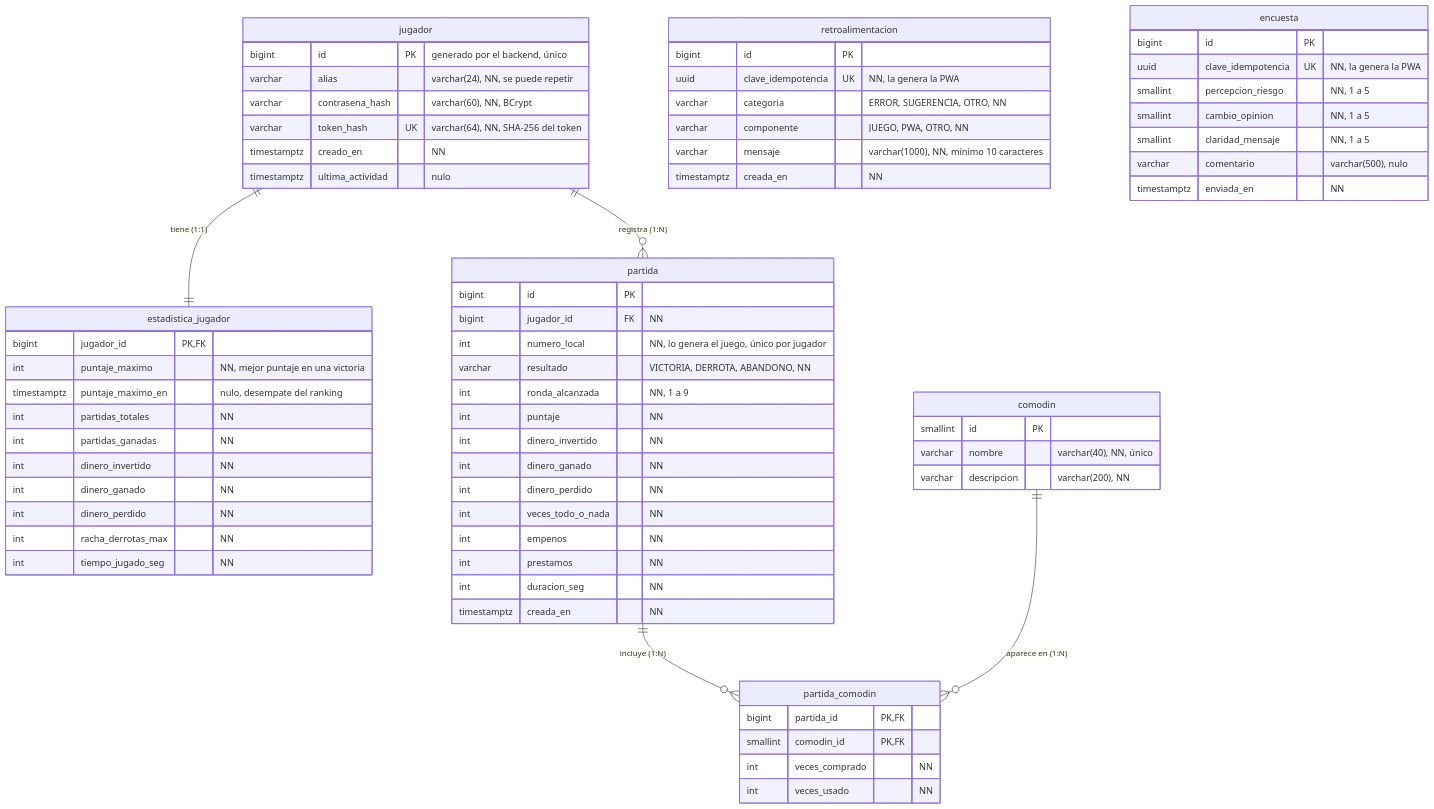
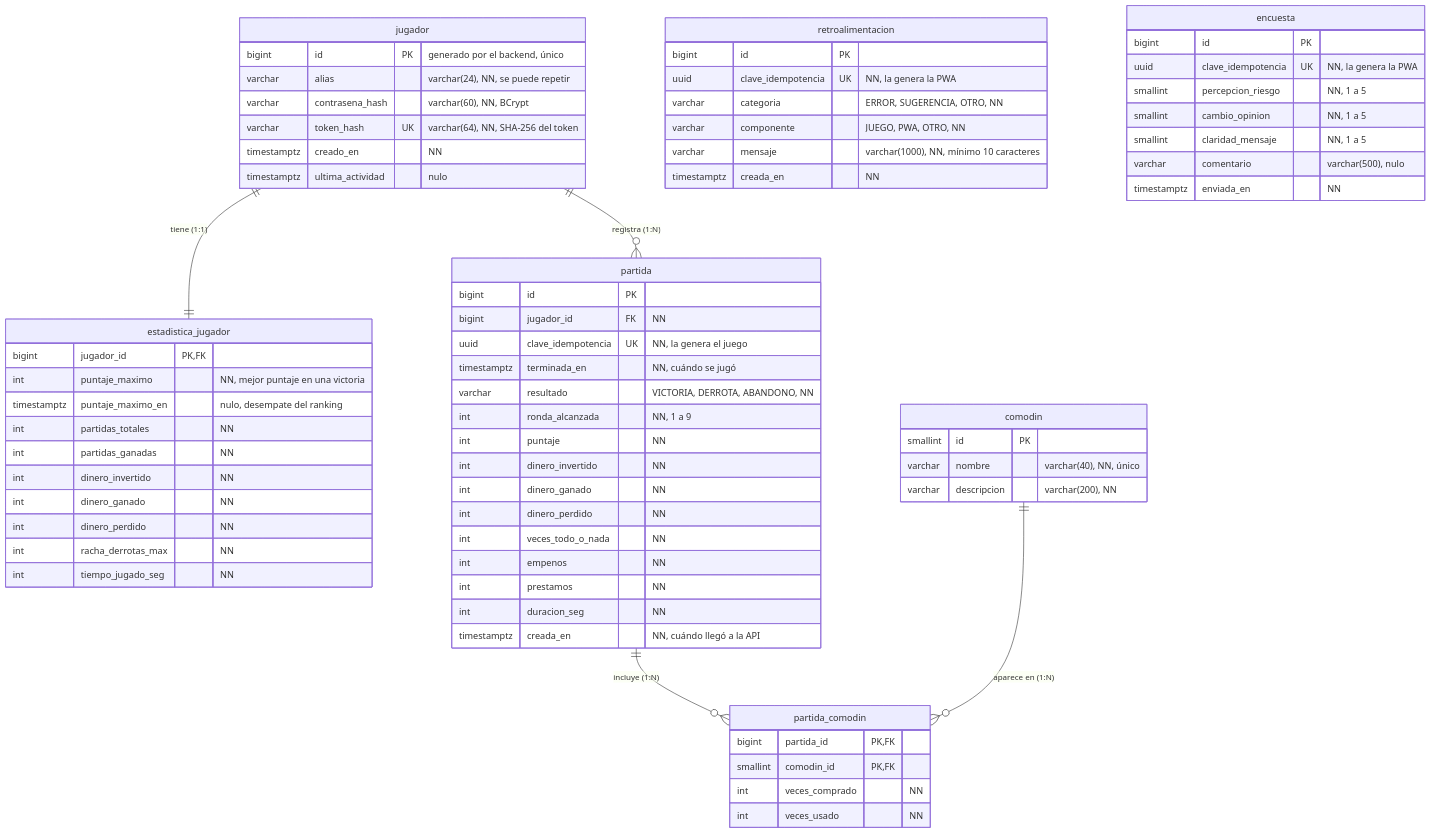
The diagram in docs/diagramas/modelo-datos.mmd (Anuma-Games/fat-fish-api), drawn with Mermaid before and after one commit. The commit also changed 14 other files, not shown here.

First line of the commit message:
FF-53 feat: clave UUID de las partidas y modo invitado

```diff
--- a/docs/diagramas/modelo-datos.mmd
+++ b/docs/diagramas/modelo-datos.mmd
@@ -1,78 +1,79 @@
 %% Simbología: PK = llave primaria, FK = llave foránea, UK = valor único,
 %% NN = obligatorio (not null), nulo = opcional, varchar(n) = texto de hasta n caracteres.
 erDiagram
     jugador ||--|| estadistica_jugador : "tiene (1:1)"
     jugador ||--o{ partida : "registra (1:N)"
     partida ||--o{ partida_comodin : "incluye (1:N)"
     comodin ||--o{ partida_comodin : "aparece en (1:N)"
 
     jugador {
         bigint id PK "generado por el backend, único"
         varchar alias "varchar(24), NN, se puede repetir"
         varchar contrasena_hash "varchar(60), NN, BCrypt"
         varchar token_hash UK "varchar(64), NN, SHA-256 del token"
         timestamptz creado_en "NN"
         timestamptz ultima_actividad "nulo"
     }
 
     estadistica_jugador {
         bigint jugador_id PK, FK
         int puntaje_maximo "NN, mejor puntaje en una victoria"
         timestamptz puntaje_maximo_en "nulo, desempate del ranking"
         int partidas_totales "NN"
         int partidas_ganadas "NN"
         int dinero_invertido "NN"
         int dinero_ganado "NN"
         int dinero_perdido "NN"
         int racha_derrotas_max "NN"
         int tiempo_jugado_seg "NN"
     }
 
     partida {
         bigint id PK
         bigint jugador_id FK "NN"
-        int numero_local "NN, lo genera el juego, único por jugador"
+        uuid clave_idempotencia UK "NN, la genera el juego"
+        timestamptz terminada_en "NN, cuándo se jugó"
         varchar resultado "VICTORIA, DERROTA, ABANDONO, NN"
         int ronda_alcanzada "NN, 1 a 9"
         int puntaje "NN"
         int dinero_invertido "NN"
         int dinero_ganado "NN"
         int dinero_perdido "NN"
         int veces_todo_o_nada "NN"
         int empenos "NN"
         int prestamos "NN"
         int duracion_seg "NN"
-        timestamptz creada_en "NN"
+        timestamptz creada_en "NN, cuándo llegó a la API"
     }
 
     comodin {
         smallint id PK
         varchar nombre "varchar(40), NN, único"
         varchar descripcion "varchar(200), NN"
     }
 
     partida_comodin {
         bigint partida_id PK, FK
         smallint comodin_id PK, FK
         int veces_comprado "NN"
         int veces_usado "NN"
     }
 
     retroalimentacion {
         bigint id PK
         uuid clave_idempotencia UK "NN, la genera la PWA"
         varchar categoria "ERROR, SUGERENCIA, OTRO, NN"
         varchar componente "JUEGO, PWA, OTRO, NN"
         varchar mensaje "varchar(1000), NN, mínimo 10 caracteres"
         timestamptz creada_en "NN"
     }
 
     encuesta {
         bigint id PK
         uuid clave_idempotencia UK "NN, la genera la PWA"
         smallint percepcion_riesgo "NN, 1 a 5"
         smallint cambio_opinion "NN, 1 a 5"
         smallint claridad_mensaje "NN, 1 a 5"
         varchar comentario "varchar(500), nulo"
         timestamptz enviada_en "NN"
     }
```
